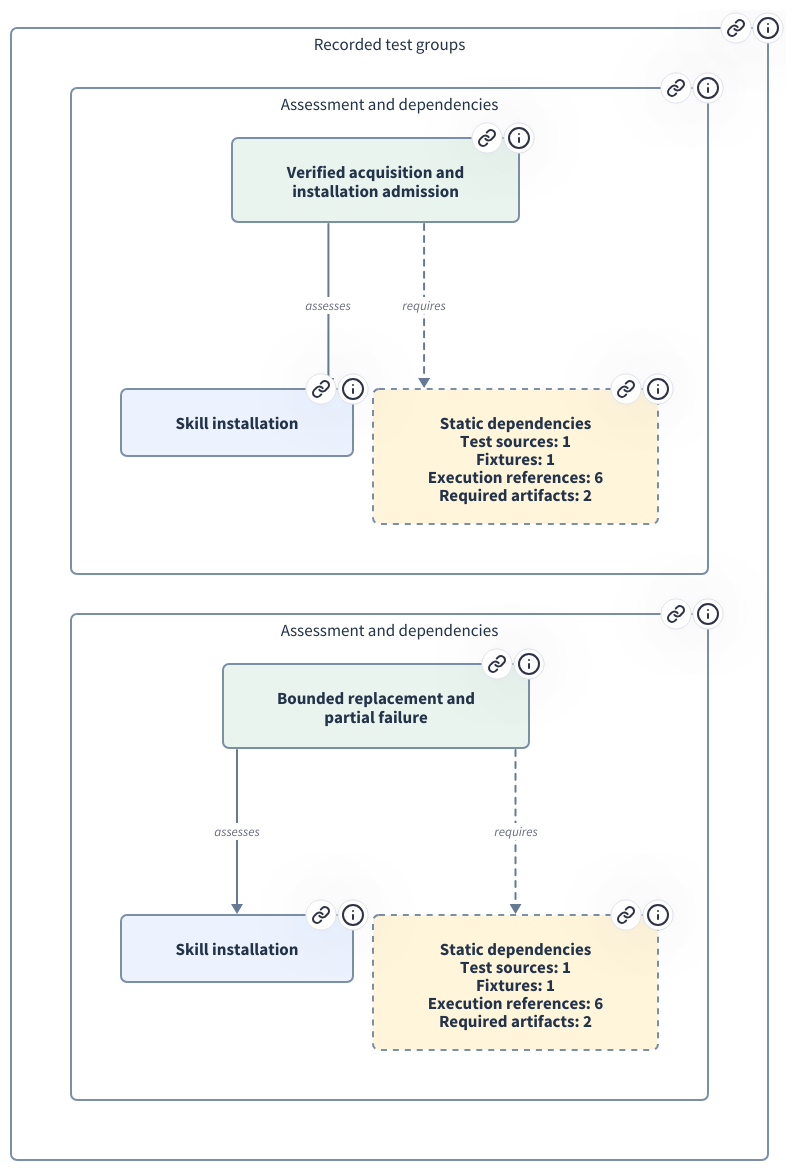
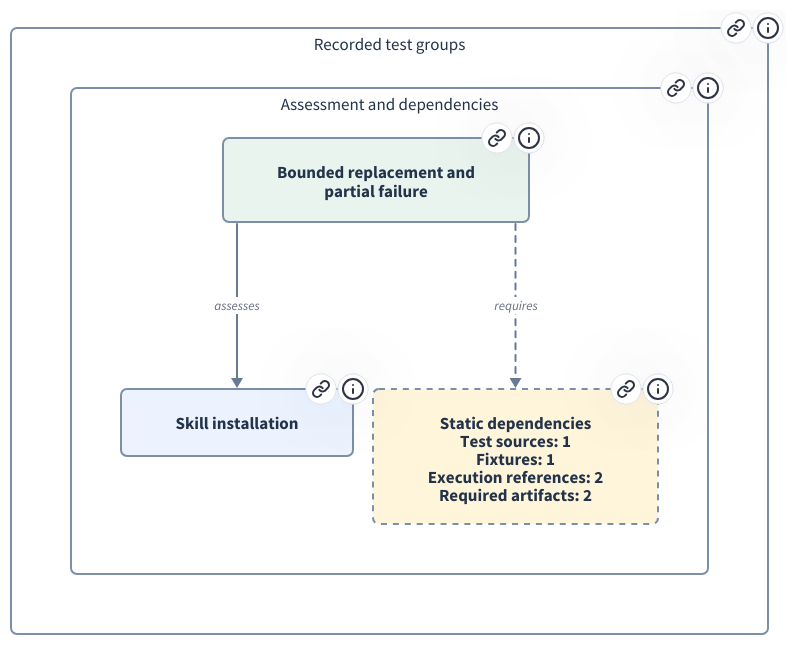
One commit to xiongxianfei/rigorloop changed the diagram in design/architecture/views/browser/diagrams/development-testing-MOD-014.d2. Above: the diagram before and after it, drawn with D2. The commit also changed 323 other files, not shown here.

Commit message:
Simplify tests to a small essential suite (#212)

```diff
--- a/design/architecture/views/browser/diagrams/development-testing-MOD-014.d2
+++ b/design/architecture/views/browser/diagrams/development-testing-MOD-014.d2
@@ -1,111 +1,63 @@
 # Generated from canonical REM records; do not edit.
-# Source identity: 1a74ce1b1fbfbc079e22456c1130840eacd982626fddfce75d563fec544b9eac
+# Source identity: 218d0ddb61530c7359623671ab35ab4e2489002d8403615cb578635e398d78f8
 # Test groups assess the named responsibility; they do not implement it. Dashed dependencies describe recorded test inputs and execution tooling, not an execution sequence. These static mappings are not passing results or complete coverage claims. Shared execution retains its existing contract owner; its REM responsibility allocation remains unresolved.
 vars: {d2-config: {layout-engine: elk}}
 direction: down
 groups: "Recorded test groups" {
   link: "#development/testing-MOD-014"
   tooltip: "Recorded test groups"
   style.fill: "#FFFFFF"
   style.stroke: "#7C8FA9"
   style.font-color: "#23334A"
   style.font-size: 17
   style.border-radius: 6
   grid-columns: 1
   g0: "Assessment and dependencies" {
     link: "#development/testing-MOD-014"
     tooltip: "Assessment and dependencies"
     style.fill: "#FFFFFF"
     style.stroke: "#7C8FA9"
     style.font-color: "#23334A"
     style.font-size: 17
     style.border-radius: 6
-    group: "Verified acquisition and\ninstallation admission" {
+    group: "Bounded replacement and\npartial failure" {
       link: "#development/testing-MOD-014"
-      tooltip: "Actual command dispatch and archive verifier with private package/project roots, real small ZIPs and controlled network responses; tests distinguish preliminary dry-run checks from installed bytes."
+      tooltip: "Actual retained assertions in private stores, filesystem or archive fixtures. Historical group titles do not establish coverage of removed variants."
       style.fill: "#E9F4EE"
       style.stroke: "#7C8FA9"
       style.font-color: "#23334A"
       style.font-size: 17
       style.border-radius: 6
     }
     subject: "Skill installation" {
       link: "#module/MOD-014"
       tooltip: "Skill installation (MOD-014)"
       style.fill: "#ECF3FF"
       style.stroke: "#7C8FA9"
       style.font-color: "#23334A"
       style.font-size: 17
       style.border-radius: 6
     }
-    dependencies: "Static dependencies\nTest sources: 1\nFixtures: 1\nExecution references: 6\nRequired artifacts: 2" {
-      link: "#development/testing-MOD-014"
-      tooltip: "Recorded dependencies; execution tooling retains its existing contract owner."
-      style.fill: "#FFF5DB"
-      style.stroke: "#7C8FA9"
-      style.font-color: "#23334A"
-      style.font-size: 17
-      style.border-radius: 6
-      style.stroke-dash: 3
-    }
-    group -> subject: "assesses" {
-      style.stroke: "#667A96"
-      style.fill: "#FFFFFF"
-      style.font-size: 13
-    }
-    group -> dependencies: "requires" {
-      style.stroke: "#667A96"
-      style.fill: "#FFFFFF"
-      style.font-size: 13
-      style.stroke-dash: 3
-    }
-  }
-  g1: "Assessment and dependencies" {
-    link: "#development/testing-MOD-014"
-    tooltip: "Assessment and dependencies"
-    style.fill: "#FFFFFF"
-    style.stroke: "#7C8FA9"
-    style.font-color: "#23334A"
-    style.font-size: 17
-    style.border-radius: 6
-    group: "Bounded replacement and\npartial failure" {
-      link: "#development/testing-MOD-014"
-      tooltip: "The replacement engine receives a verified candidate file set and mutates selected skill units in a private filesystem; active destinations, unrelated sentinels and retained originals are inspected separately."
-      style.fill: "#E9F4EE"
-      style.stroke: "#7C8FA9"
-      style.font-color: "#23334A"
-      style.font-size: 17
-      style.border-radius: 6
-    }
-    subject: "Skill installation" {
-      link: "#module/MOD-014"
-      tooltip: "Skill installation (MOD-014)"
-      style.fill: "#ECF3FF"
-      style.stroke: "#7C8FA9"
-      style.font-color: "#23334A"
-      style.font-size: 17
-      style.border-radius: 6
-    }
-    dependencies: "Static dependencies\nTest sources: 1\nFixtures: 1\nExecution references: 6\nRequired artifacts: 2" {
+    dependencies: "Static dependencies\nTest sources: 1\nFixtures: 1\nExecution references: 2\nRequired artifacts: 2" {
       link: "#development/testing-MOD-014"
       tooltip: "Recorded dependencies; execution tooling retains its existing contract owner."
       style.fill: "#FFF5DB"
       style.stroke: "#7C8FA9"
       style.font-color: "#23334A"
       style.font-size: 17
       style.border-radius: 6
       style.stroke-dash: 3
     }
     group -> subject: "assesses" {
       style.stroke: "#667A96"
       style.fill: "#FFFFFF"
       style.font-size: 13
     }
     group -> dependencies: "requires" {
       style.stroke: "#667A96"
       style.fill: "#FFFFFF"
       style.font-size: 13
       style.stroke-dash: 3
     }
   }
 }
```
